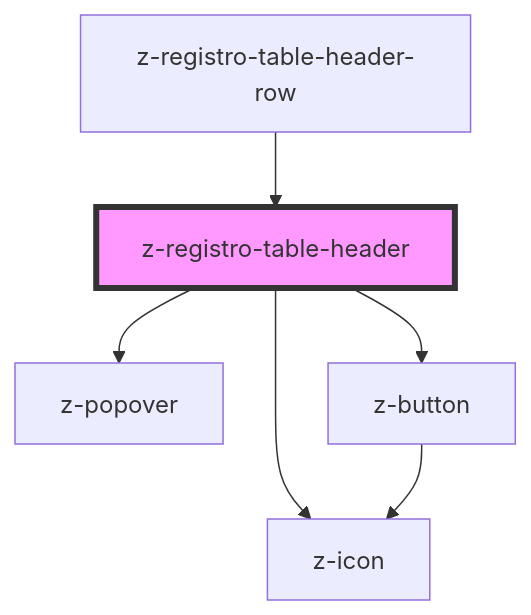
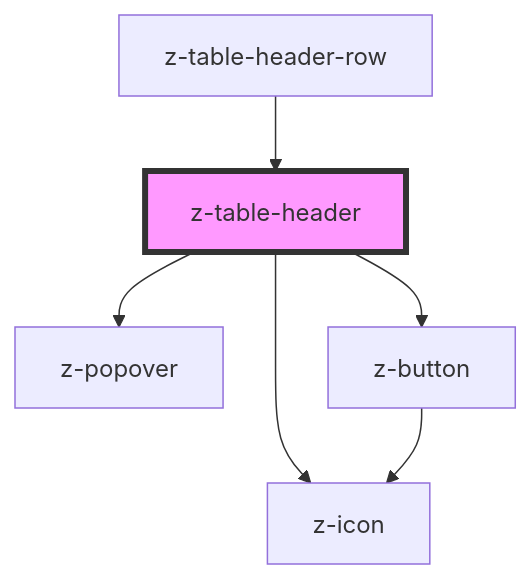
Before and after one commit to ZanichelliEditore/design-system: the diagram in src/components/z-table/z-table-header/readme.md, drawn with Mermaid. The commit also changed other lines of this file and 10 other files, not shown here.

````diff
--- a/src/components/z-table/z-table-header/readme.md
+++ b/src/components/z-table/z-table-header/readme.md
@@ -44,9 +44,9 @@
 ```mermaid
 graph TD;
-  z-registro-table-header --> z-icon
-  z-registro-table-header --> z-popover
-  z-registro-table-header --> z-button
+  z-table-header --> z-icon
+  z-table-header --> z-popover
+  z-table-header --> z-button
   z-button --> z-icon
-  z-registro-table-header-row --> z-registro-table-header
-  style z-registro-table-header fill:#f9f,stroke:#333,stroke-width:4px
+  z-table-header-row --> z-table-header
+  style z-table-header fill:#f9f,stroke:#333,stroke-width:4px
 ```
````
